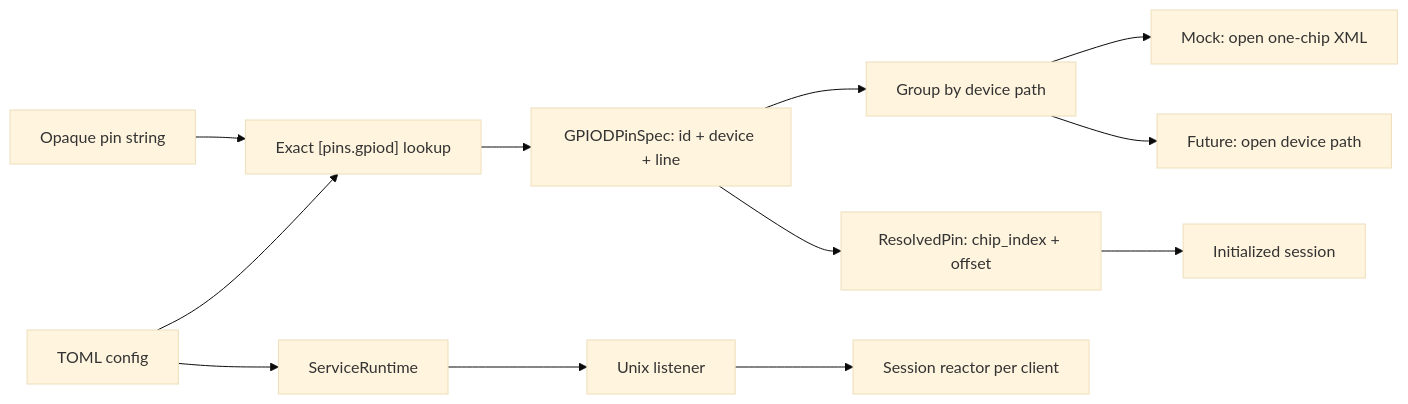
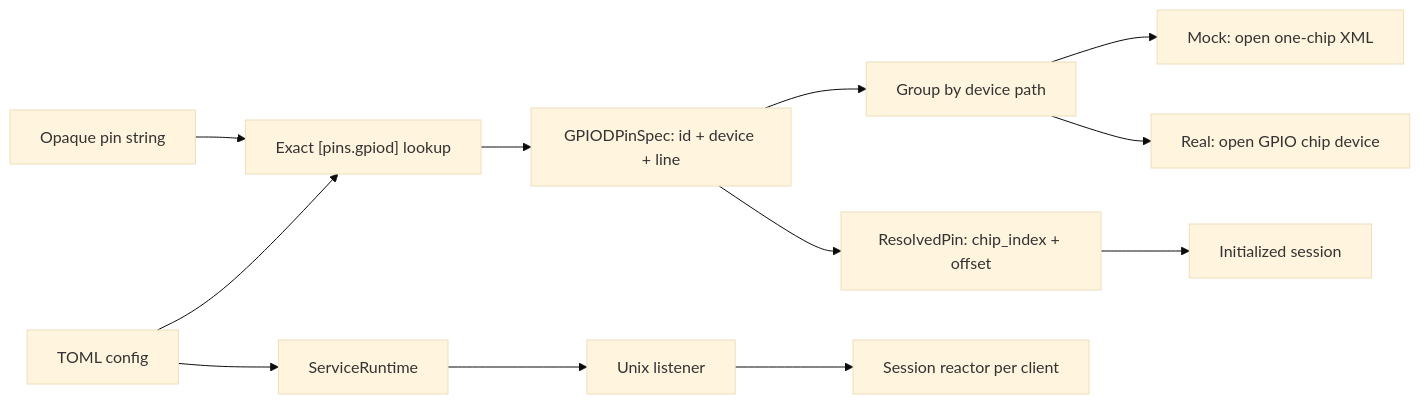
Before and after one commit to DWCarrot/gpiojsonsvc: the diagram in docs/architecture.md, drawn with Mermaid (base theme). The commit also changed other lines of this file and 10 other files, not shown here.

````diff
--- a/docs/architecture.md
+++ b/docs/architecture.md
@@ -5,14 +5,14 @@
 ```mermaid
 flowchart LR
     pinString["Opaque pin string"] --> exactLookup["Exact [pins.gpiod] lookup"]
     configFile["TOML config"] --> exactLookup
     exactLookup --> location["GPIODPinSpec: id + device + line"]
     location --> deviceGroup["Group by device path"]
     deviceGroup --> mockSelect["Mock: open one-chip XML"]
-    deviceGroup --> realOpen["Future: open device path"]
+    deviceGroup --> realOpen["Real: open GPIO chip device"]
     location --> resolvedPin["ResolvedPin: chip_index + offset"]
     resolvedPin --> initializedSession["Initialized session"]
     configFile --> runtime["ServiceRuntime"]
     runtime --> udsListener["Unix listener"]
     udsListener --> reactor["Session reactor per client"]
 ```
````
